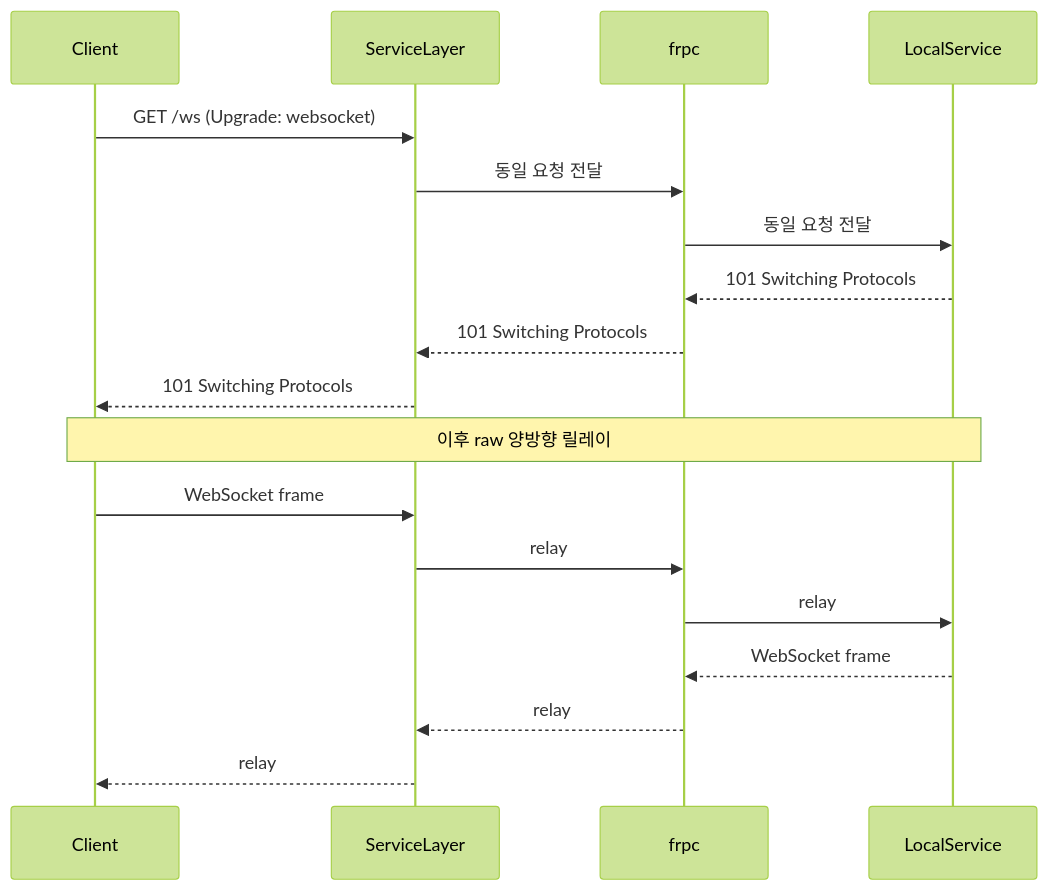
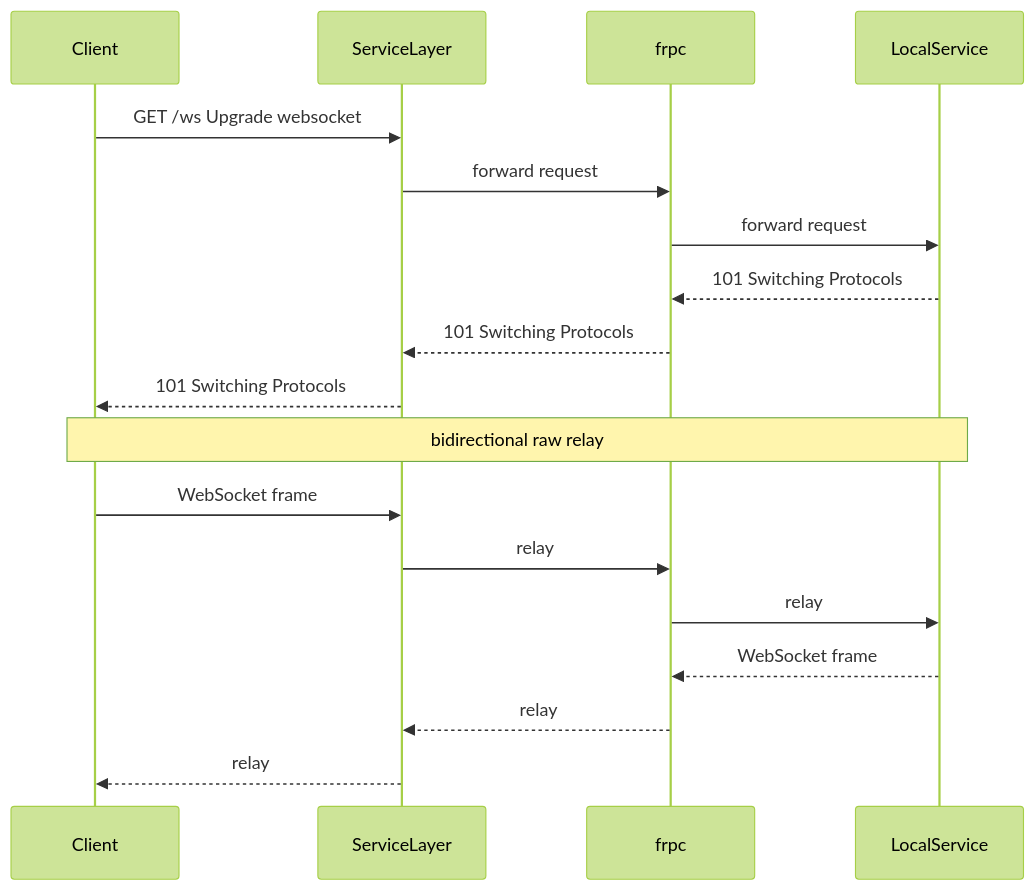
Before and after one commit to cagojeiger/drp: the fourth of 4 diagrams in docs/architecture/service-layer.md, drawn with Mermaid (forest theme). The commit also changed other lines of this file and 3 other files, not shown here.

First line of the commit message:
fix(docs): rewrite all Mermaid diagrams for VS Code compatibility

````diff
--- a/docs/architecture/service-layer.md
+++ b/docs/architecture/service-layer.md
@@ -66,22 +66,22 @@
 ```mermaid
 sequenceDiagram
     participant C as Client
     participant S as ServiceLayer
     participant F as frpc
     participant L as LocalService
 
-    C->>S: GET /ws (Upgrade: websocket)
-    S->>F: 동일 요청 전달
-    F->>L: 동일 요청 전달
+    C->>S: GET /ws Upgrade websocket
+    S->>F: forward request
+    F->>L: forward request
     L-->>F: 101 Switching Protocols
     F-->>S: 101 Switching Protocols
     S-->>C: 101 Switching Protocols
 
-    Note over C,L: 이후 raw 양방향 릴레이
+    Note over C,L: bidirectional raw relay
     C->>S: WebSocket frame
     S->>F: relay
     F->>L: relay
     L-->>F: WebSocket frame
     F-->>S: relay
     S-->>C: relay
 ```
````
